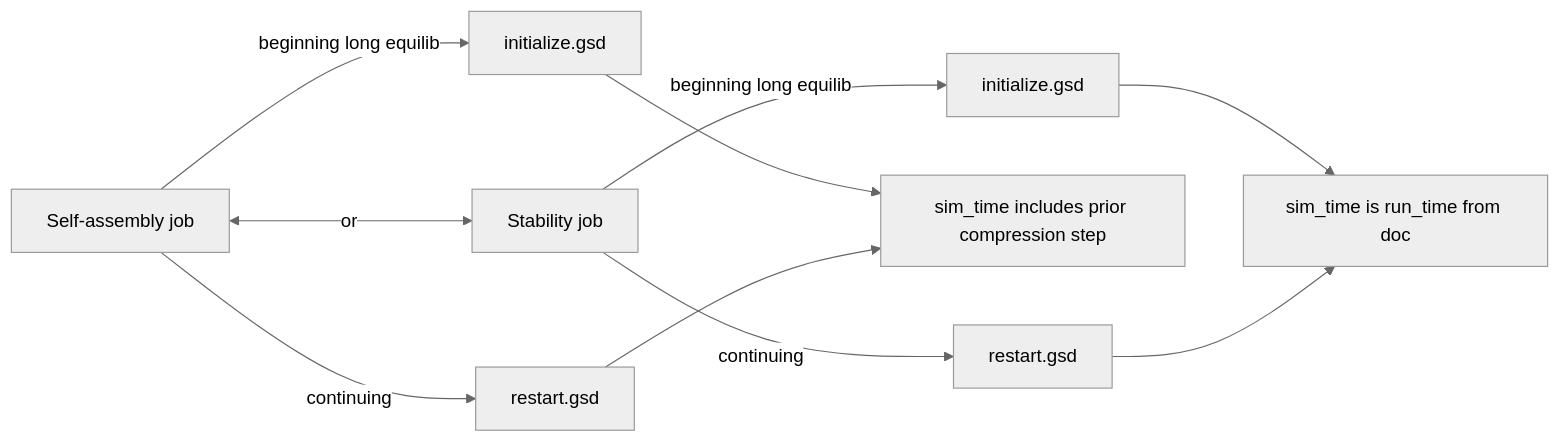
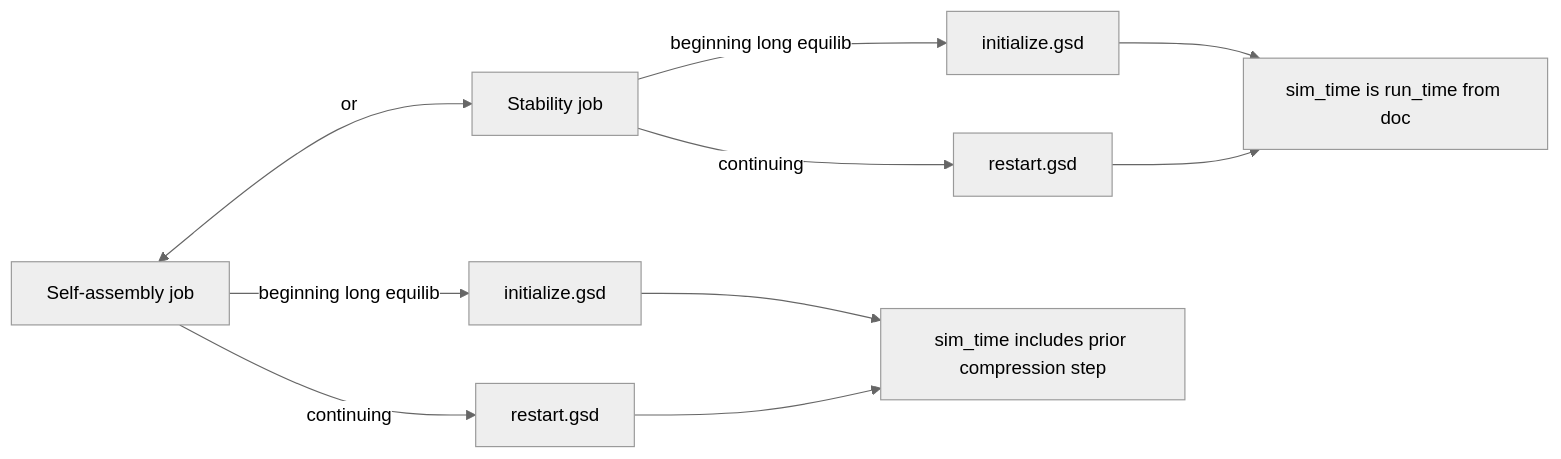
The second of 2 diagrams in docs/project_notes.md (catherinelariviere02/IceCrystal_Project), drawn with Mermaid (neutral theme) before and after one commit. The commit also changed other lines of this file, not shown here.

Commit message:
edited format of docs flowchart

````diff
--- a/docs/project_notes.md
+++ b/docs/project_notes.md
@@ -64,13 +64,21 @@
     ```mermaid
     flowchart LR
-    comp[Self-assembly job] --> |beginning long equilib| initcomp[initialize.gsd]
-    stab[Stability job] --> |beginning long equilib| inits[initialize.gsd]
+    comp[Self-assembly job]
+    stab[Stability job]
+    initcomp[initialize.gsd]
+    inits[initialize.gsd]
+    restartcomp[restart.gsd]
+    restarts[restart.gsd]
+    compsim[sim_time includes prior compression step]
+    stabsim[sim_time is run_time from doc]
+
+    comp --> |beginning long equilib| initcomp
+    stab --> |beginning long equilib| inits
     comp <--> |or| stab
-    comp --> |continuing| restartcomp[restart.gsd]
-    initcomp --> compsim[sim_time includes prior compression step]
-    restartcomp --> compsim[sim_time includes prior compression step]
-    stab[Stability job] --> |continuing| restarts[restart.gsd]
-    inits --> stabsim[sim_time is run_time from doc]
-    restarts --> stabsim[sim_time is run_time from doc]
-    
+    comp --> |continuing| restartcomp
+    initcomp --> compsim
+    restartcomp --> compsim
+    stab[Stability job] --> |continuing| restarts
+    inits --> stabsim
+    restarts --> stabsim
     ```
````
